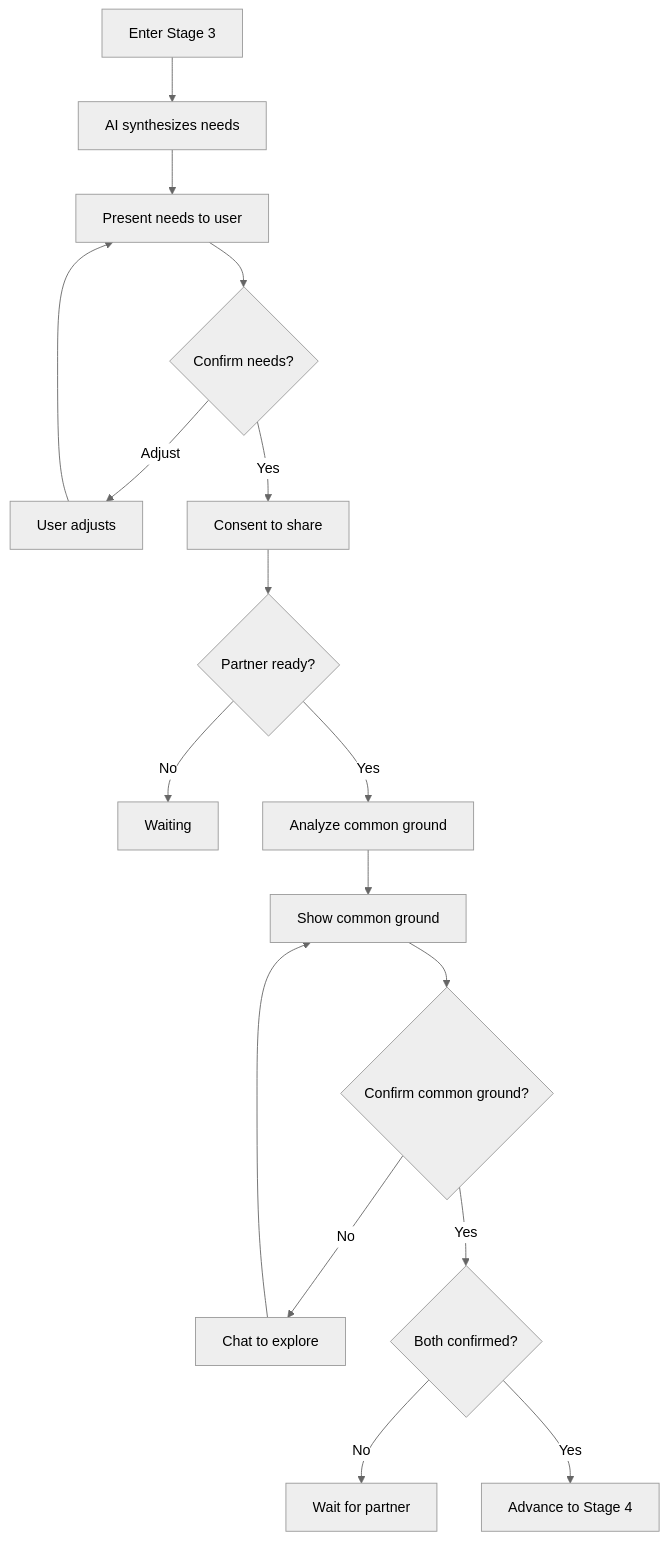
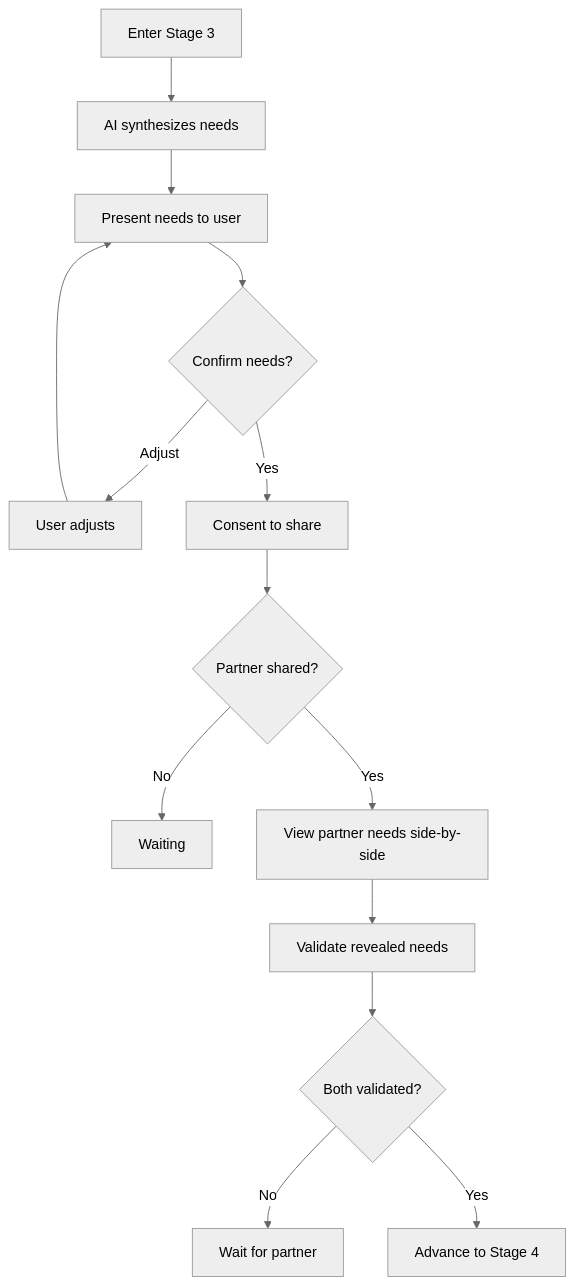
One commit to shantamg/meet-without-fear changed the diagram in docs/backend/api/stage-3.md. Above: the diagram before and after it, drawn with Mermaid (neutral theme). The commit also changed other lines of this file, not shown here.

First line of the commit message:
docs(stage3): update stage-3.md to remove common ground endpoint docs

````diff
--- a/docs/backend/api/stage-3.md
+++ b/docs/backend/api/stage-3.md
@@ -367,19 +289,16 @@
 ```mermaid
 flowchart TD
     Enter[Enter Stage 3] --> Synthesize[AI synthesizes needs]
     Synthesize --> Present[Present needs to user]
     Present --> Confirm{Confirm needs?}
     Confirm -->|Adjust| Refine[User adjusts]
     Refine --> Present
     Confirm -->|Yes| Consent[Consent to share]
-    Consent --> Wait{Partner ready?}
+    Consent --> Wait{Partner shared?}
     Wait -->|No| WaitState[Waiting]
-    Wait -->|Yes| Analyze[Analyze common ground]
-    Analyze --> ShowCommon[Show common ground]
-    ShowCommon --> ConfirmCG{Confirm common ground?}
-    ConfirmCG -->|No| Discuss[Chat to explore]
-    Discuss --> ShowCommon
-    ConfirmCG -->|Yes| BothConfirmed{Both confirmed?}
-    BothConfirmed -->|No| WaitPartner[Wait for partner]
-    BothConfirmed -->|Yes| Advance[Advance to Stage 4]
+    Wait -->|Yes| ShowNeeds[View partner needs side-by-side]
+    ShowNeeds --> Validate[Validate revealed needs]
+    Validate --> BothValidated{Both validated?}
+    BothValidated -->|No| WaitPartner[Wait for partner]
+    BothValidated -->|Yes| Advance[Advance to Stage 4]
 ```
````
